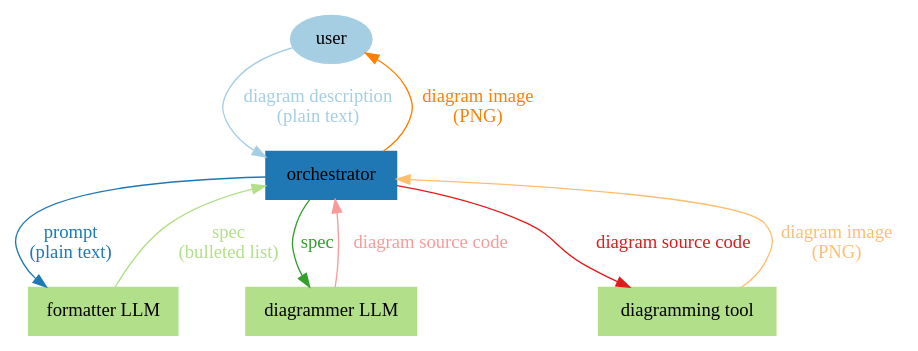
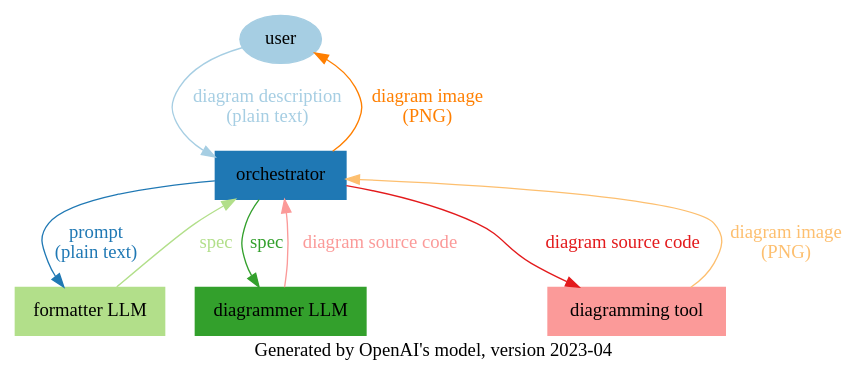
Before and after one commit to christianromney/diagrammer: the diagram in readme.org, drawn with Graphviz. The commit also changed other lines of this file and 4 other files, not shown here.

Commit message:
Added diagram author

```diff
--- a/readme.org
+++ b/readme.org
@@ -199,24 +202,22 @@
 #+begin_src dot :file diagram.png :tangle diagram.dot :cmdline -Kdot -Tpng
-digraph DataFlow {
-    graph [bgcolor=white, fontname="Roboto Mono"];
-    node [colorscheme=paired12, style=filled, fontname="Roboto Mono"];
-    edge [colorscheme=paired12, fontname="Roboto Mono"];
+digraph G {
+    graph [bgcolor=white fontname="Roboto Mono" label="Generated by OpenAI's model, version 2023-04"];
+    node [style=filled colorscheme=paired12 fontname="Roboto Mono"];
+    edge [colorscheme=paired12 fontname="Roboto Mono"];
 
-    // Nodes
-    user [shape=oval, color=1, label="user"];
-    orchestrator [shape=box, color=2, label="orchestrator"];
-    formatter_LLM [shape=box, color=3, label="formatter LLM"];
-    diagrammer_LLM [shape=box, color=3, label="diagrammer LLM"];
-    diagramming_tool [shape=box, color=3, label="diagramming tool"];
+    user [shape=oval label="user" color=1];
+    orchestrator [shape=box label="orchestrator" color=2];
+    formatterLLM [shape=box label="formatter LLM" color=3];
+    diagrammerLLM [shape=box label="diagrammer LLM" color=4];
+    diagrammingtool [shape=box label="diagramming tool" color=5];
 
-    // Edges
-    user -> orchestrator [label="diagram description\n(plain text)", color=1, fontcolor=1];
-    orchestrator -> formatter_LLM [label="prompt\n(plain text)", color=2, fontcolor=2];
-    formatter_LLM -> orchestrator [label="spec\n(bulleted list)", color=3, fontcolor=3];
-    orchestrator -> diagrammer_LLM [label="spec", color=4, fontcolor=4];
-    diagrammer_LLM -> orchestrator [label="diagram source code", color=5, fontcolor=5];
-    orchestrator -> diagramming_tool [label="diagram source code", color=6, fontcolor=6];
-    diagramming_tool -> orchestrator [label="diagram image\n(PNG)", color=7, fontcolor=7];
-    orchestrator -> user [label="diagram image\n(PNG)", color=8, fontcolor=8];
+    user -> orchestrator [label="diagram description\n(plain text)" color=1 fontcolor=1];
+    orchestrator -> formatterLLM [label="prompt\n(plain text)" color=2 fontcolor=2];
+    formatterLLM -> orchestrator [label="spec" color=3 fontcolor=3];
+    orchestrator -> diagrammerLLM [label="spec" color=4 fontcolor=4];
+    diagrammerLLM -> orchestrator [label="diagram source code" color=5 fontcolor=5];
+    orchestrator -> diagrammingtool [label="diagram source code" color=6 fontcolor=6];
+    diagrammingtool -> orchestrator [label="diagram image\n(PNG)" color=7 fontcolor=7];
+    orchestrator -> user [label="diagram image\n(PNG)" color=8 fontcolor=8];
 }
 #+end_src
```
